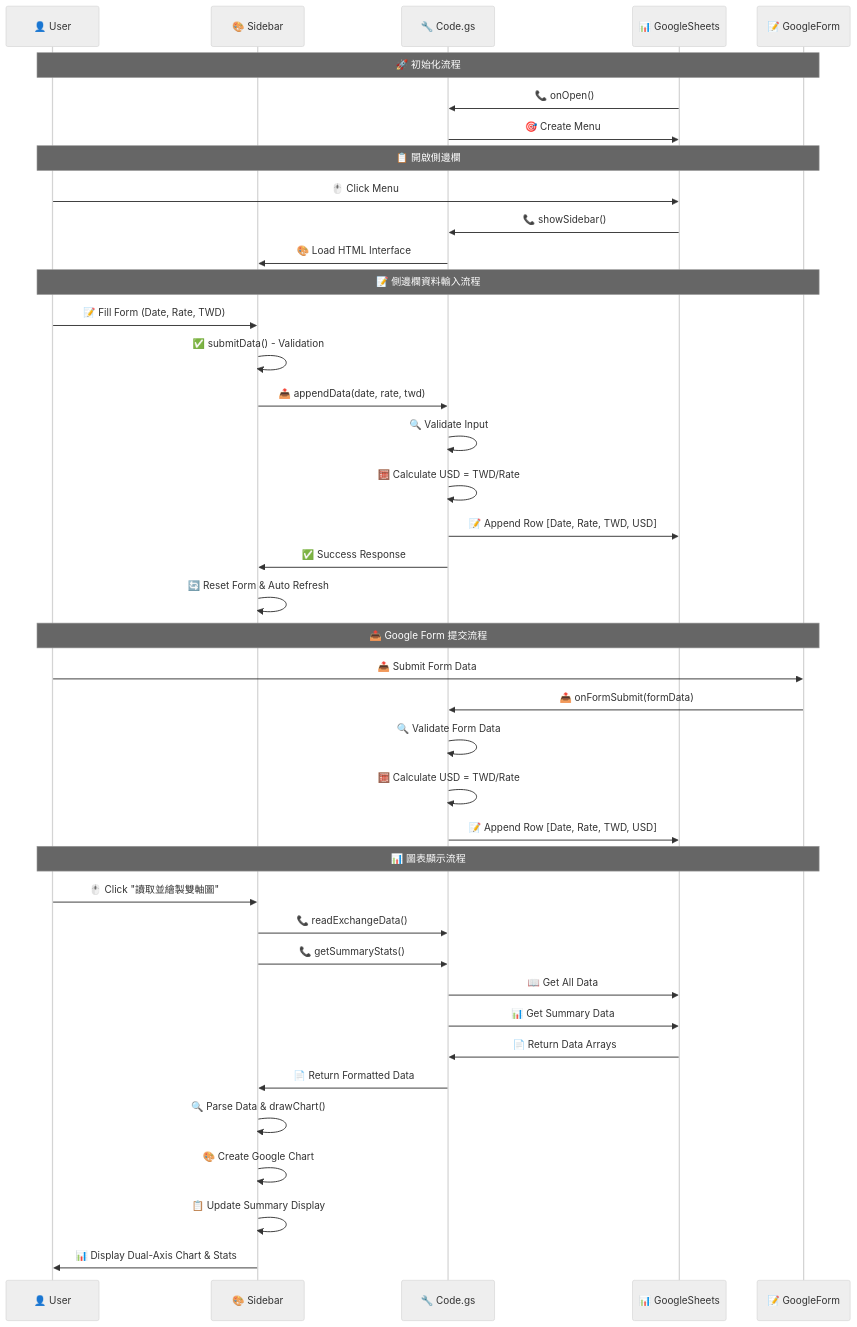
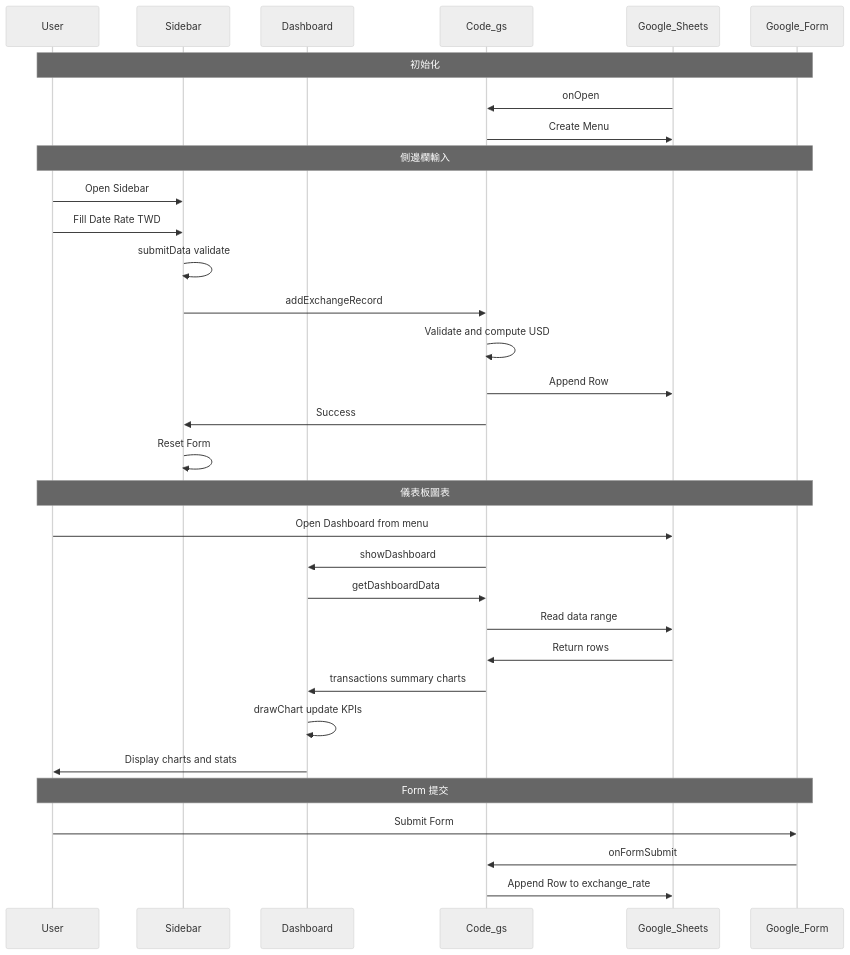
One commit to DanielHo-BS/ExchangeRateDashboard changed the second of 3 diagrams in README.md. Above: the diagram before and after it, drawn with Mermaid (neutral theme). The commit also changed other lines of this file and 4 other files, not shown here.

````diff
--- a/README.md
+++ b/README.md
@@ -164,47 +120,38 @@
 ```mermaid
 sequenceDiagram
-    participant User as 👤 User
-    participant Sidebar as 🎨 Sidebar
-    participant Code.gs as 🔧 Code.gs
-    participant GoogleSheets as 📊 GoogleSheets
-    participant GoogleForm as 📝 GoogleForm
-    
-    Note over User,GoogleForm: 🚀 初始化流程
-    GoogleSheets->>Code.gs: 📞 onOpen()
-    Code.gs->>GoogleSheets: 🎯 Create Menu
-    
-    Note over User,GoogleForm: 📋 開啟側邊欄
-    User->>GoogleSheets: 🖱️ Click Menu
-    GoogleSheets->>Code.gs: 📞 showSidebar()
-    Code.gs->>Sidebar: 🎨 Load HTML Interface
-    
-    Note over User,GoogleForm: 📝 側邊欄資料輸入流程
-    User->>Sidebar: 📝 Fill Form (Date, Rate, TWD)
-    Sidebar->>Sidebar: ✅ submitData() - Validation
-    Sidebar->>Code.gs: 📤 appendData(date, rate, twd)
-    Code.gs->>Code.gs: 🔍 Validate Input
-    Code.gs->>Code.gs: 🧮 Calculate USD = TWD/Rate
-    Code.gs->>GoogleSheets: 📝 Append Row [Date, Rate, TWD, USD]
-    Code.gs->>Sidebar: ✅ Success Response
-    Sidebar->>Sidebar: 🔄 Reset Form & Auto Refresh
-    
-    Note over User,GoogleForm: 📤 Google Form 提交流程
-    User->>GoogleForm: 📤 Submit Form Data
-    GoogleForm->>Code.gs: 📤 onFormSubmit(formData)
-    Code.gs->>Code.gs: 🔍 Validate Form Data
-    Code.gs->>Code.gs: 🧮 Calculate USD = TWD/Rate
-    Code.gs->>GoogleSheets: 📝 Append Row [Date, Rate, TWD, USD]
-    
-    Note over User,GoogleForm: 📊 圖表顯示流程
-    User->>Sidebar: 🖱️ Click "讀取並繪製雙軸圖"
-    Sidebar->>Code.gs: 📞 readExchangeData()
-    Sidebar->>Code.gs: 📞 getSummaryStats()
-    Code.gs->>GoogleSheets: 📖 Get All Data
-    Code.gs->>GoogleSheets: 📊 Get Summary Data
-    GoogleSheets->>Code.gs: 📄 Return Data Arrays
-    Code.gs->>Sidebar: 📄 Return Formatted Data
-    Sidebar->>Sidebar: 🔍 Parse Data & drawChart()
-    Sidebar->>Sidebar: 🎨 Create Google Chart
-    Sidebar->>Sidebar: 📋 Update Summary Display
-    Sidebar->>User: 📊 Display Dual-Axis Chart & Stats
+    participant User as User
+    participant Sidebar as Sidebar
+    participant Dashboard as Dashboard
+    participant Code as Code_gs
+    participant Sheet as Google_Sheets
+    participant Form as Google_Form
+
+    Note over User,Form: 初始化
+    Sheet->>Code: onOpen
+    Code->>Sheet: Create Menu
+
+    Note over User,Form: 側邊欄輸入
+    User->>Sidebar: Open Sidebar
+    User->>Sidebar: Fill Date Rate TWD
+    Sidebar->>Sidebar: submitData validate
+    Sidebar->>Code: addExchangeRecord
+    Code->>Code: Validate and compute USD
+    Code->>Sheet: Append Row
+    Code->>Sidebar: Success
+    Sidebar->>Sidebar: Reset Form
+
+    Note over User,Form: 儀表板圖表
+    User->>Sheet: Open Dashboard from menu
+    Code->>Dashboard: showDashboard
+    Dashboard->>Code: getDashboardData
+    Code->>Sheet: Read data range
+    Sheet->>Code: Return rows
+    Code->>Dashboard: transactions summary charts
+    Dashboard->>Dashboard: drawChart update KPIs
+    Dashboard->>User: Display charts and stats
+
+    Note over User,Form: Form 提交
+    User->>Form: Submit Form
+    Form->>Code: onFormSubmit
+    Code->>Sheet: Append Row to exchange_rate
 ```
````
